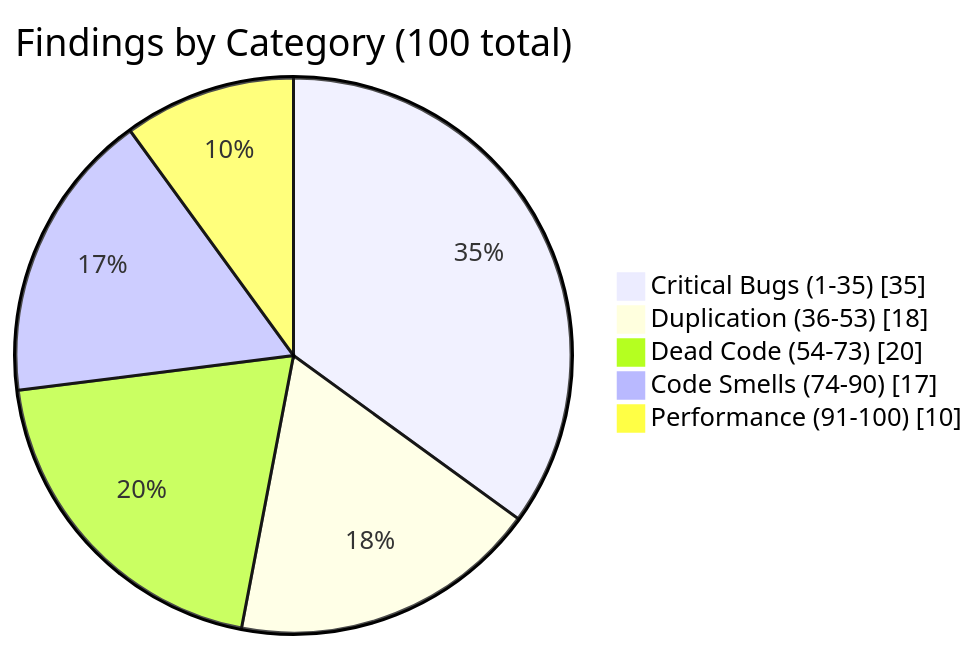
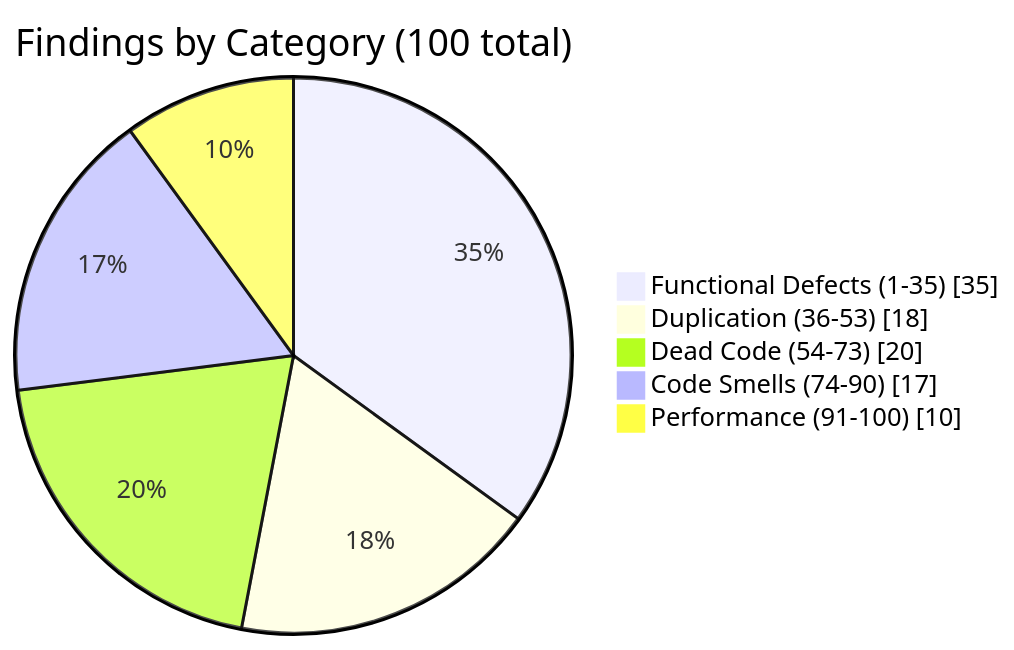
Before and after one commit to saiteja-gatadi-rep/code-standardization: the first of 2 diagrams in CODE_AUDIT_REPORT.md, drawn with Mermaid. The commit also changed other lines of this file, not shown here.

````diff
--- a/CODE_AUDIT_REPORT.md
+++ b/CODE_AUDIT_REPORT.md
@@ -15,8 +15,8 @@
 ```mermaid
 pie showData title Findings by Category (100 total)
-    "Critical Bugs (1-35)" : 35
+    "Functional Defects (1-35)" : 35
     "Duplication (36-53)" : 18
     "Dead Code (54-73)" : 20
     "Code Smells (74-90)" : 17
     "Performance (91-100)" : 10
 ```
````
